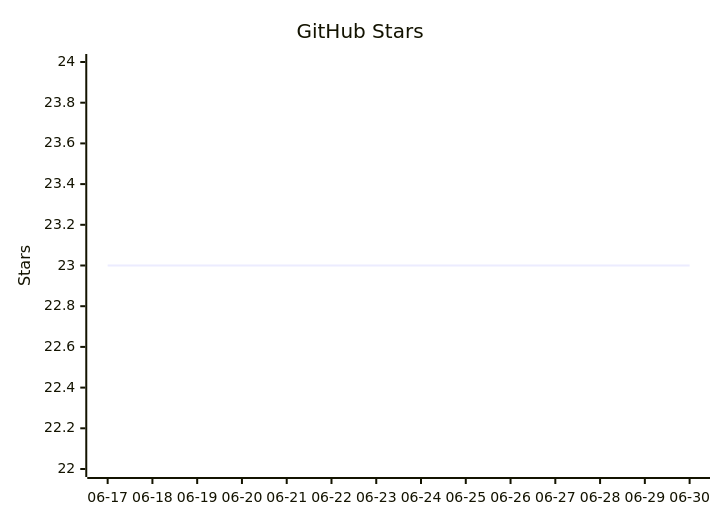
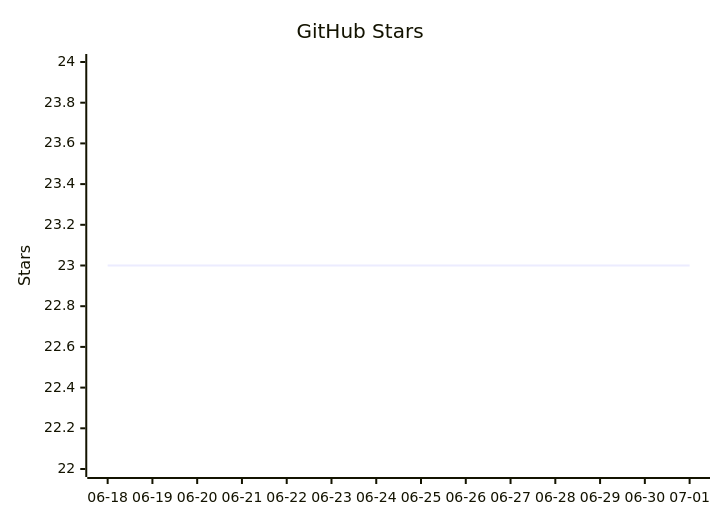
The diagram in README.mbt.md (vectie/moonclaw), drawn with Mermaid before and after one commit. The commit also changed other lines of this file and 1 other file, not shown here.

Commit message:
Update README star growth

````diff
--- a/README.mbt.md
+++ b/README.mbt.md
@@ -613,7 +613,7 @@
 ```mermaid
 xychart-beta
     title "GitHub Stars"
-    x-axis ["06-17","06-18","06-19","06-20","06-21","06-22","06-23","06-24","06-25","06-26","06-27","06-28","06-29","06-30"]
+    x-axis ["06-18","06-19","06-20","06-21","06-22","06-23","06-24","06-25","06-26","06-27","06-28","06-29","06-30","07-01"]
     y-axis "Stars" 22 --> 24
     line [23,23,23,23,23,23,23,23,23,23,23,23,23,23]
 ```
````
